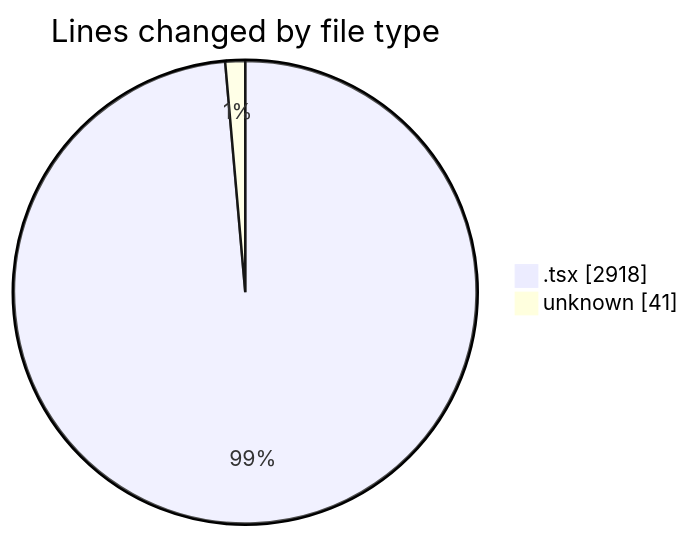
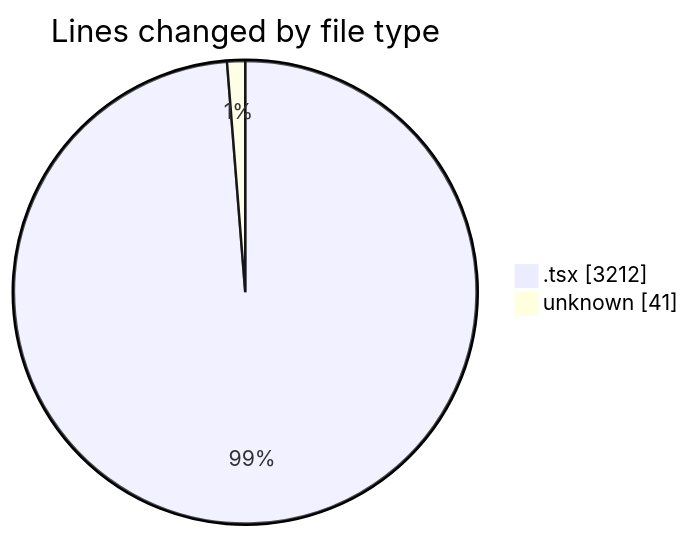
Before and after one commit to JenPaints/code-tracking: the first of 2 diagrams in 2025-05-29/kimberly-groups/README.md, drawn with Mermaid. The commit also changed other lines of this file and 1 other file, not shown here.

````diff
--- a/2025-05-29/kimberly-groups/README.md
+++ b/2025-05-29/kimberly-groups/README.md
@@ -28,6 +28,6 @@
 ```mermaid
 pie showData
 title Lines changed by file type
-".tsx" : 2918
+".tsx" : 3212
 "unknown" : 41
 ```
````
